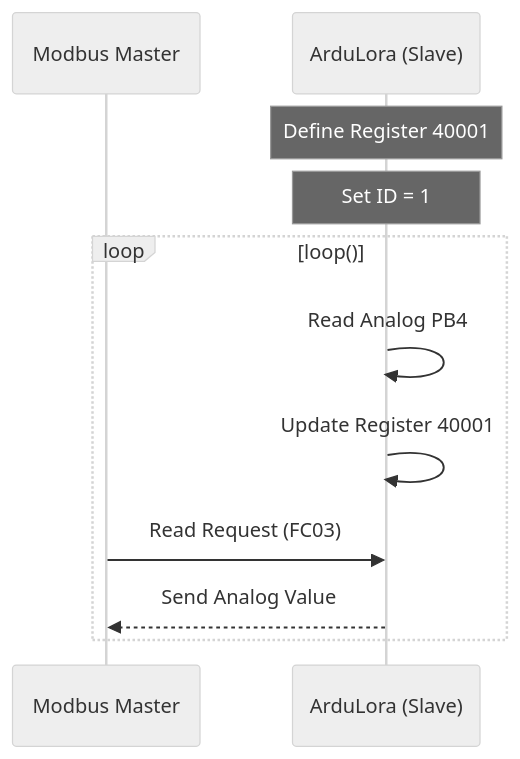
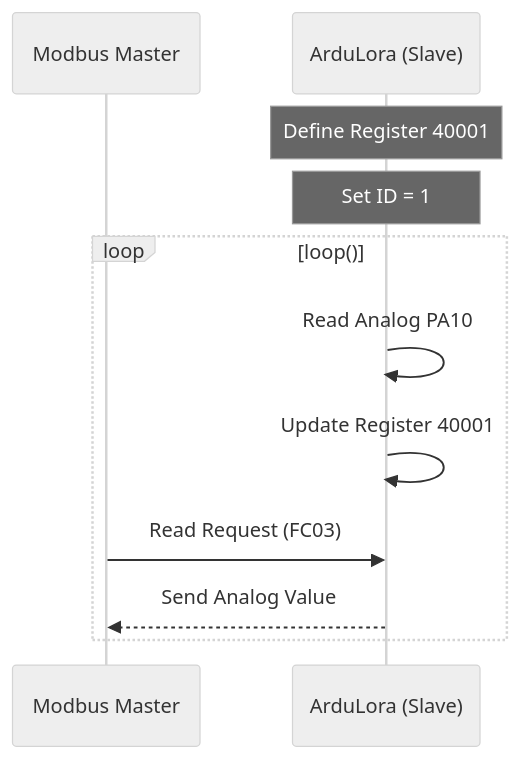
Before and after one commit to NamNamIoT/ArduLora: the fourth of 7 diagrams in README.md, drawn with Mermaid (neutral theme). The commit also changed other lines of this file, not shown here.

````diff
--- a/README.md
+++ b/README.md
@@ -253,13 +253,13 @@
 ```mermaid
 sequenceDiagram
     participant M as Modbus Master
     participant S as ArduLora (Slave)
     Note over S: Define Register 40001
     Note over S: Set ID = 1
     loop loop()
-        S->>S: Read Analog PB4
+        S->>S: Read Analog PA10
         S->>S: Update Register 40001
         M->>S: Read Request (FC03)
         S-->>M: Send Analog Value
     end
 ```
````
